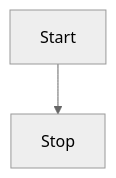
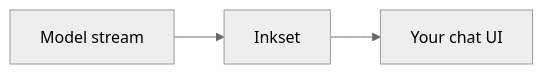
The diagram in apps/playground/src/content/demos/mixed.md (daviskeene/inkset), drawn with Mermaid (neutral theme) before and after one commit. The commit also changed other lines of this file and 13 other files, not shown here.

````diff
--- a/apps/playground/src/content/demos/mixed.md
+++ b/apps/playground/src/content/demos/mixed.md
@@ -64,4 +39,4 @@
 ```mermaid
-graph TD
-    A[Start] --> B[Stop]
+graph LR
+    A[Model stream] --> B[Inkset] --> C[Your chat UI]
 ```
````
